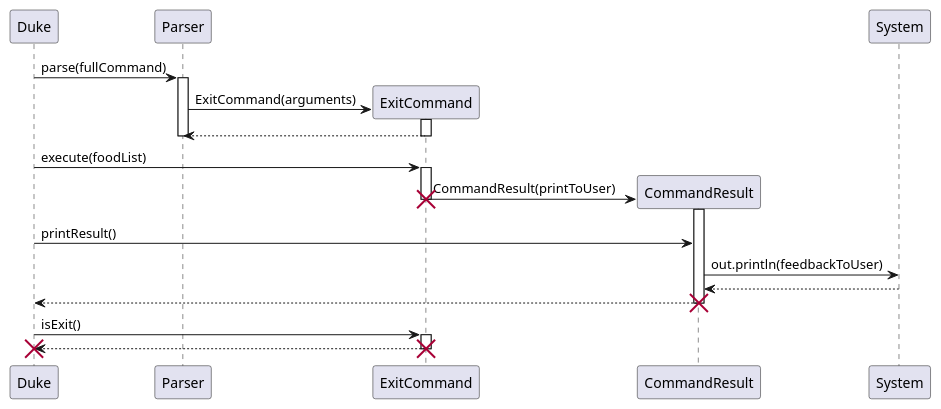
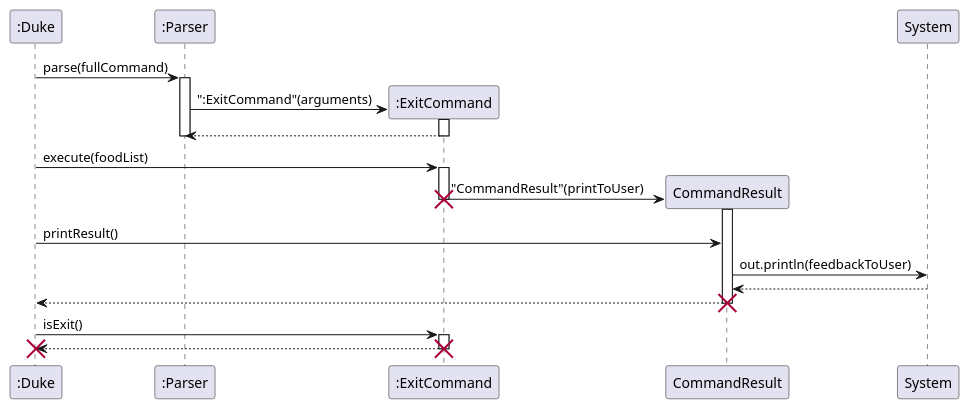
Before and after one commit to tsx0314/tp: the diagram in docs/puml/ExitCommandSequenceDiagram.puml, drawn with PlantUML. The commit also changed 15 other files, not shown here.

Commit message:
Update UML diagram according to TA's comment

```diff
--- a/docs/puml/ExitCommandSequenceDiagram.puml
+++ b/docs/puml/ExitCommandSequenceDiagram.puml
@@ -1,41 +1,41 @@
 @startuml
 'https://plantuml.com/sequence-diagram
 
-Duke -> Parser: parse(fullCommand)
-activate Parser
+":Duke" -> ":Parser": parse(fullCommand)
+activate ":Parser"
 
-create ExitCommand
-ExitCommand <- Parser : ExitCommand(arguments)
-activate ExitCommand
-ExitCommand --> Parser
-deactivate ExitCommand
-deactivate Parser
+create ":ExitCommand"
+":ExitCommand" <- ":Parser" : ":ExitCommand"(arguments)
+activate ":ExitCommand"
+":ExitCommand" --> ":Parser"
+deactivate ":ExitCommand"
+deactivate ":Parser"
 
-Duke -> ExitCommand : execute(foodList)
-activate ExitCommand
+":Duke" -> ":ExitCommand" : execute(foodList)
+activate ":ExitCommand"
 
 
 
-create CommandResult
-ExitCommand -> CommandResult : CommandResult(printToUser)
-activate CommandResult
-deactivate ExitCommand
-destroy ExitCommand
+create "CommandResult"
+":ExitCommand" -> "CommandResult" : "CommandResult"(printToUser)
+activate "CommandResult"
+deactivate ":ExitCommand"
+destroy ":ExitCommand"
 
-Duke -> CommandResult: printResult()
-CommandResult->System: out.println(feedbackToUser)
+":Duke" -> "CommandResult": printResult()
+"CommandResult"->System: out.println(feedbackToUser)
 
-System --> CommandResult
-CommandResult --> Duke
-deactivate CommandResult
-destroy CommandResult
+System --> "CommandResult"
+"CommandResult" --> ":Duke"
+deactivate "CommandResult"
+destroy "CommandResult"
 
-Duke -> ExitCommand: isExit()
-activate ExitCommand
-ExitCommand --> Duke
-deactivate ExitCommand
-destroy ExitCommand
+":Duke" -> ":ExitCommand": isExit()
+activate ":ExitCommand"
+":ExitCommand" --> ":Duke"
+deactivate ":ExitCommand"
+destroy ":ExitCommand"
 
-destroy Duke
+destroy ":Duke"
 
 @enduml
```
